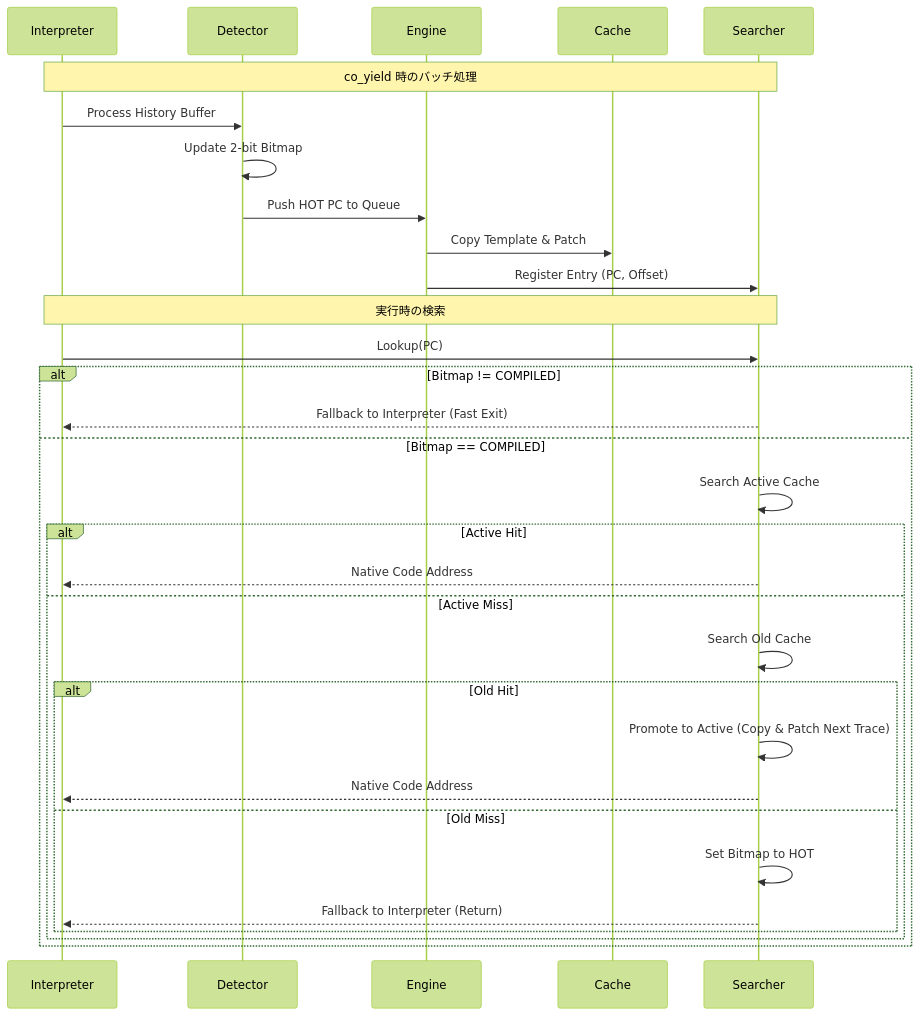
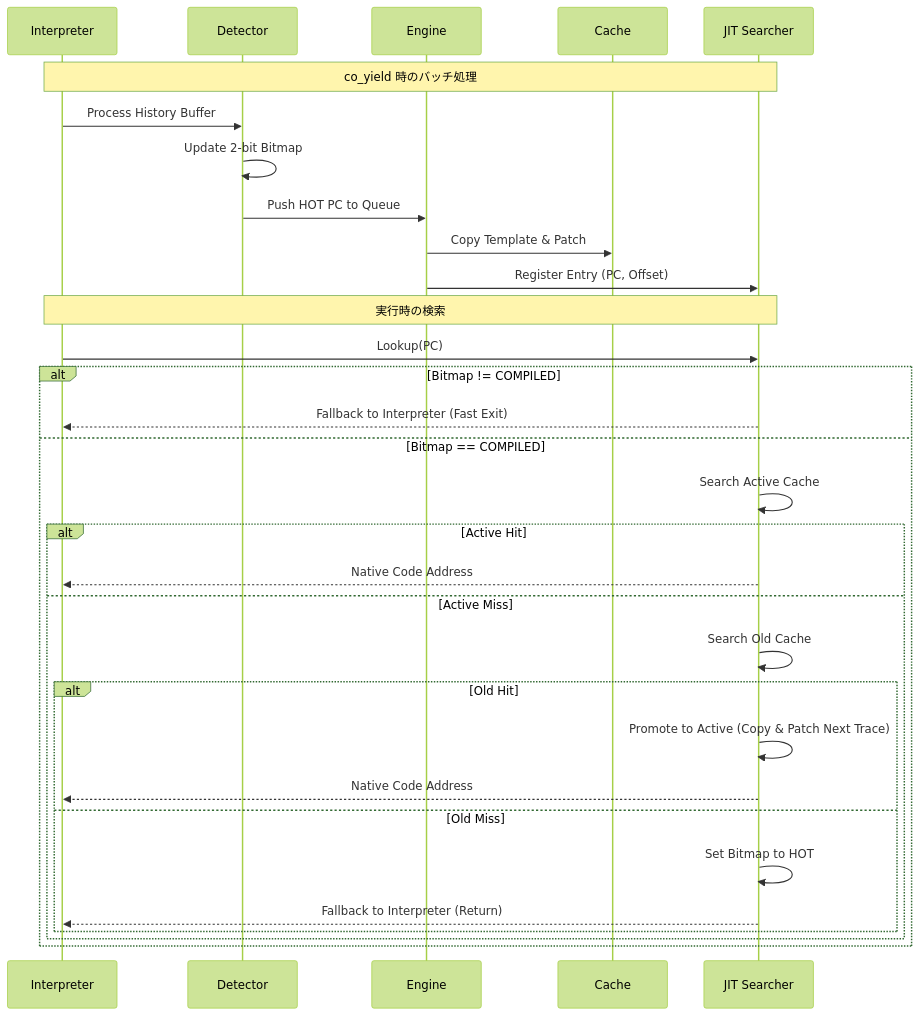
One commit to kmt-t/fireball changed the third of 3 diagrams in docs/orders/components/jit_compiler.md. Above: the diagram before and after it, drawn with Mermaid (forest theme). The commit also changed other lines of this file and 2 other files, not shown here.

Commit message:
refine jit compiler specs.

````diff
--- a/docs/orders/components/jit_compiler.md
+++ b/docs/orders/components/jit_compiler.md
@@ -136,35 +137,35 @@
 ```mermaid
 sequenceDiagram
     participant I as Interpreter
     participant D as Detector
     participant E as Engine
     participant C as Cache
-    participant S as Searcher
+    participant S as JIT Searcher
 
     Note over I, S: co_yield 時のバッチ処理
     I->>D: Process History Buffer
     D->>D: Update 2-bit Bitmap
     D->>E: Push HOT PC to Queue
     E->>C: Copy Template & Patch
     E->>S: Register Entry (PC, Offset)
     
     Note over I, S: 実行時の検索
     I->>S: Lookup(PC)
     alt Bitmap != COMPILED
         S-->>I: Fallback to Interpreter (Fast Exit)
     else Bitmap == COMPILED
         S->>S: Search Active Cache
         alt Active Hit
             S-->>I: Native Code Address
         else Active Miss
             S->>S: Search Old Cache
             alt Old Hit
                 S->>S: Promote to Active (Copy & Patch Next Trace)
                 S-->>I: Native Code Address
             else Old Miss
                 S->>S: Set Bitmap to HOT
                 S-->>I: Fallback to Interpreter (Return)
             end
         end
     end
 ```
````
